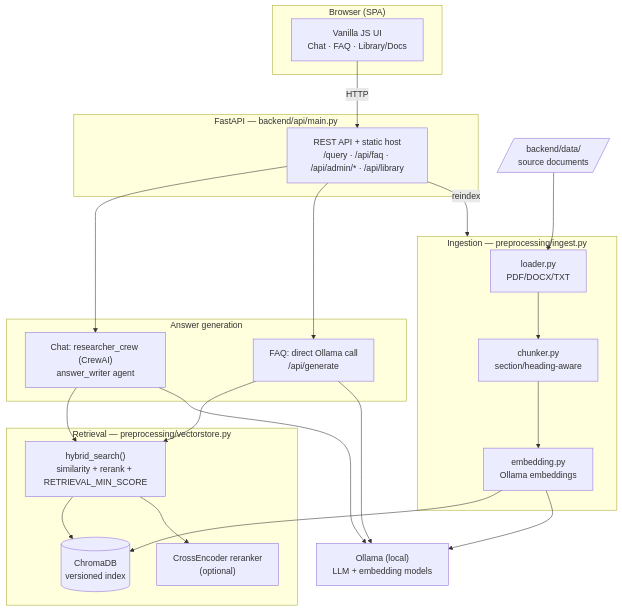
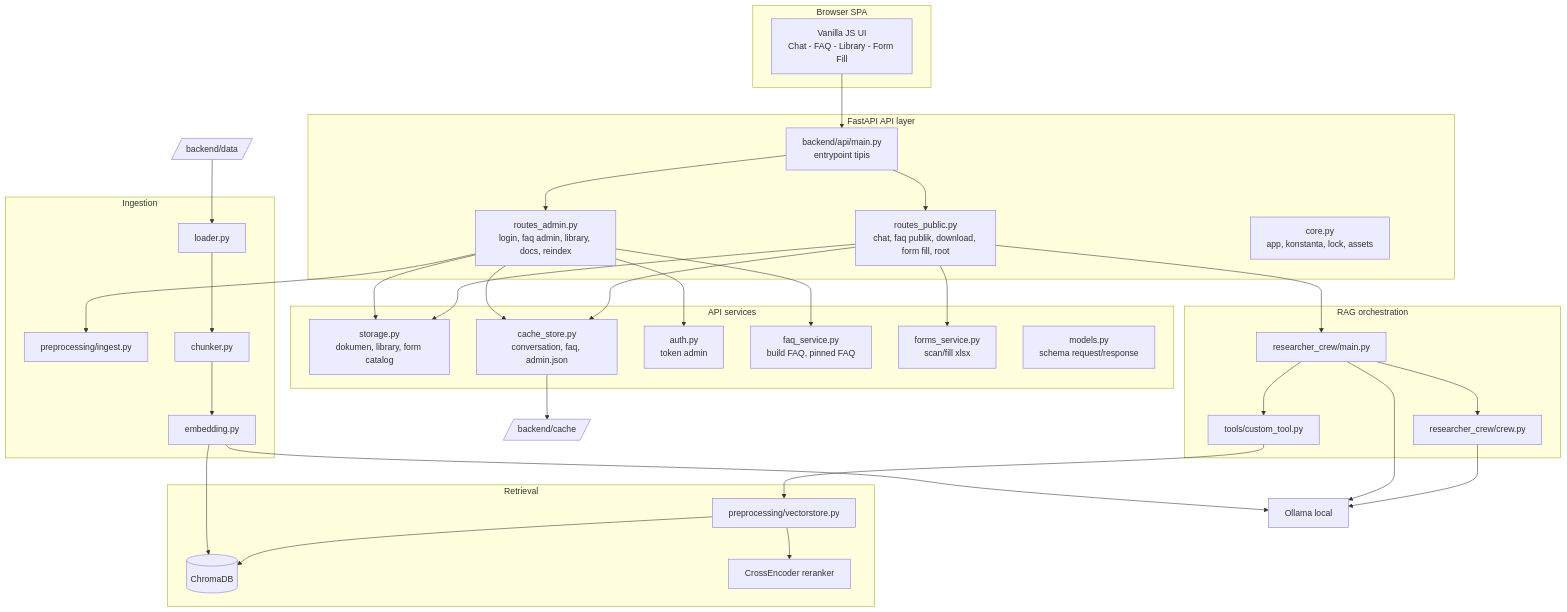
Before and after one commit to Akram17t/Internship: the diagram in Capstone/docs/ARCHITECTURE.md, drawn with Mermaid. The commit also changed other lines of this file and 7 other files, not shown here.

````diff
--- a/Capstone/docs/ARCHITECTURE.md
+++ b/Capstone/docs/ARCHITECTURE.md
@@ -9,44 +9,70 @@
 ```mermaid
 flowchart TB
-    subgraph Client["Browser (SPA)"]
-        UI["Vanilla JS UI<br/>Chat · FAQ · Library/Docs"]
+    subgraph Client["Browser SPA"]
+        UI["Vanilla JS UI<br/>Chat - FAQ - Library - Form Fill"]
     end
 
-    subgraph Server["FastAPI — backend/api/main.py"]
-        API["REST API + static host<br/>/query · /api/faq · /api/admin/* · /api/library"]
+    subgraph Server["FastAPI API layer"]
+        MAIN["backend/api/main.py<br/>entrypoint tipis"]
+        PUBLIC["routes_public.py<br/>chat, faq publik, download, form fill, root"]
+        ADMIN["routes_admin.py<br/>login, faq admin, library, docs, reindex"]
+        CORE["core.py<br/>app, konstanta, lock, assets"]
     end
 
-    subgraph Gen["Answer generation"]
-        CHAT["Chat: researcher_crew (CrewAI)<br/>answer_writer agent"]
-        FAQ["FAQ: direct Ollama call<br/>/api/generate"]
+    subgraph Services["API services"]
+        STORAGE["storage.py<br/>dokumen, library, form catalog"]
+        CACHE["cache_store.py<br/>conversation, faq, admin.json"]
+        AUTH["auth.py<br/>token admin"]
+        FAQSVC["faq_service.py<br/>build FAQ, pinned FAQ"]
+        FORMSVC["forms_service.py<br/>scan/fill xlsx"]
+        MODELS["models.py<br/>schema request/response"]
     end
 
-    subgraph Retrieval["Retrieval — preprocessing/vectorstore.py"]
-        HS["hybrid_search()<br/>similarity + rerank + RETRIEVAL_MIN_SCORE"]
-        CHROMA[("ChromaDB<br/>versioned index")]
-        RERANK["CrossEncoder reranker<br/>(optional)"]
+    subgraph RAG["RAG orchestration"]
+        RCMAIN["researcher_crew/main.py"]
+        CREW["researcher_crew/crew.py"]
+        TOOL["tools/custom_tool.py"]
     end
 
-    subgraph Ingest["Ingestion — preprocessing/ingest.py"]
-        LOAD["loader.py<br/>PDF/DOCX/TXT"]
-        CHUNK["chunker.py<br/>section/heading-aware"]
-        EMB["embedding.py<br/>Ollama embeddings"]
+    subgraph Retrieval["Retrieval"]
+        VS["preprocessing/vectorstore.py"]
+        CHROMA[("ChromaDB")]
+        RERANK["CrossEncoder reranker"]
     end
 
-    OLLAMA["Ollama (local)<br/>LLM + embedding models"]
-    DATA[/"backend/data/<br/>source documents"/]
+    subgraph Ingest["Ingestion"]
+        INGEST["preprocessing/ingest.py"]
+        LOAD["loader.py"]
+        CHUNK["chunker.py"]
+        EMB["embedding.py"]
+    end
 
-    UI -->|HTTP| API
-    API --> CHAT
-    API --> FAQ
-    CHAT --> HS
-    FAQ --> HS
-    CHAT --> OLLAMA
-    FAQ --> OLLAMA
-    HS --> CHROMA
-    HS --> RERANK
+    OLLAMA["Ollama local"]
+    DATA[/"backend/data"/]
+    CACHEFILES[/"backend/cache"/]
+
+    UI --> MAIN
+    MAIN --> PUBLIC
+    MAIN --> ADMIN
+    PUBLIC --> STORAGE
+    PUBLIC --> CACHE
+    PUBLIC --> FORMSVC
+    PUBLIC --> RCMAIN
+    ADMIN --> STORAGE
+    ADMIN --> CACHE
+    ADMIN --> AUTH
+    ADMIN --> FAQSVC
+    ADMIN --> INGEST
+
+    RCMAIN --> TOOL
+    RCMAIN --> CREW
+    TOOL --> VS
+    CREW --> OLLAMA
+    RCMAIN --> OLLAMA
+    VS --> CHROMA
+    VS --> RERANK
 
     DATA --> LOAD --> CHUNK --> EMB --> CHROMA
     EMB --> OLLAMA
-    API -->|reindex| Ingest
+    CACHE --> CACHEFILES
 ```
````
